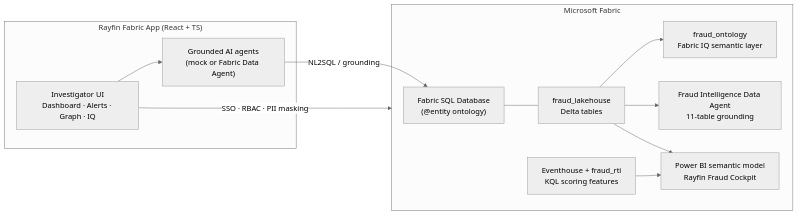
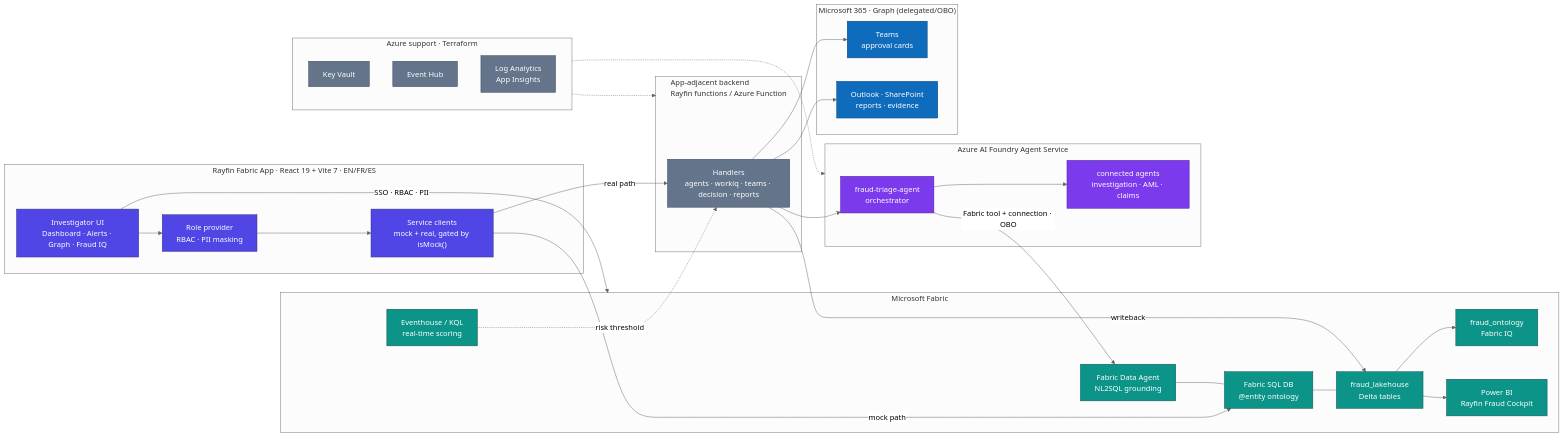
Before and after one commit to EtienneSIG/Fabric_Fraud_analysis: the first of 3 diagrams in README.md, drawn with Mermaid (neutral theme). The commit also changed other lines of this file and 75 other files, not shown here.

First line of the commit message:
feat: Foundry Agent Service, O365/Graph, Terraform, i18n (EN/FR/ES) + upgrades

````diff
--- a/README.md
+++ b/README.md
@@ -61,23 +74,58 @@
 ```mermaid
 flowchart LR
-  subgraph App["Rayfin Fabric App (React + TS)"]
-    UI["Investigator UI<br/>Dashboard · Alerts · Graph · IQ"]
-    AG["Grounded AI agents<br/>(mock or Fabric Data Agent)"]
+  classDef app fill:#4f46e5,color:#ffffff,stroke:#312e81,stroke-width:1px
+  classDef fabric fill:#0d9488,color:#ffffff,stroke:#134e4a,stroke-width:1px
+  classDef foundry fill:#7c3aed,color:#ffffff,stroke:#4c1d95,stroke-width:1px
+  classDef o365 fill:#0f6cbd,color:#ffffff,stroke:#083b6f,stroke-width:1px
+  classDef infra fill:#64748b,color:#ffffff,stroke:#334155,stroke-width:1px
+
+  subgraph App["Rayfin Fabric App · React 19 + Vite 7 · EN/FR/ES"]
+    UI["Investigator UI<br/>Dashboard · Alerts · Graph · Fraud IQ"]:::app
+    GOV["Role provider<br/>RBAC · PII masking"]:::app
+    SVC["Service clients<br/>mock + real, gated by isMock()"]:::app
   end
+
+  subgraph Back["App-adjacent backend<br/>Rayfin functions / Azure Function"]
+    API["Handlers<br/>agents · workiq · teams · decision · reports"]:::infra
+  end
+
   subgraph Fabric["Microsoft Fabric"]
-    SQL["Fabric SQL Database<br/>(@entity ontology)"]
-    LH["fraud_lakehouse<br/>Delta tables"]
-    ONT["fraud_ontology<br/>Fabric IQ semantic layer"]
-    DA["Fraud Intelligence Data Agent<br/>11-table grounding"]
-    RT["Eventhouse + fraud_rti<br/>KQL scoring features"]
-    BI["Power BI semantic model<br/>Rayfin Fraud Cockpit"]
+    SQL["Fabric SQL DB<br/>@entity ontology"]:::fabric
+    LH["fraud_lakehouse<br/>Delta tables"]:::fabric
+    ONT["fraud_ontology<br/>Fabric IQ"]:::fabric
+    DA["Fabric Data Agent<br/>NL2SQL grounding"]:::fabric
+    EH["Eventhouse / KQL<br/>real-time scoring"]:::fabric
+    BI["Power BI<br/>Rayfin Fraud Cockpit"]:::fabric
   end
-  UI --> AG
-  AG -->|NL2SQL / grounding| SQL
-  SQL --- LH
-  LH --> ONT
-  LH --> DA
-  RT --> BI
+
+  subgraph Foundry["Azure AI Foundry Agent Service"]
+    TRI["fraud-triage-agent<br/>orchestrator"]:::foundry
+    SUB["connected agents<br/>investigation · AML · claims"]:::foundry
+  end
+
+  subgraph O365["Microsoft 365 · Graph (delegated/OBO)"]
+    TEAMS["Teams<br/>approval cards"]:::o365
+    MAIL["Outlook · SharePoint<br/>reports · evidence"]:::o365
+  end
+
+  subgraph Az["Azure support · Terraform"]
+    KV["Key Vault"]:::infra
+    EHNS["Event Hub"]:::infra
+    OBS["Log Analytics<br/>App Insights"]:::infra
+  end
+
+  UI --> GOV --> SVC
+  SVC -->|mock path| SQL
+  SVC -->|real path| API
+  API --> TRI --> SUB
+  TRI -->|Fabric tool + connection · OBO| DA
+  DA --- SQL --- LH --> ONT
   LH --> BI
-  UI -->|SSO · RBAC · PII masking| Fabric
+  EH -.->|risk threshold| API
+  API --> TEAMS
+  API --> MAIL
+  API -->|writeback| LH
+  Az -.-> Back
+  Az -.-> Foundry
+  UI -->|SSO · RBAC · PII| Fabric
 ```
````
